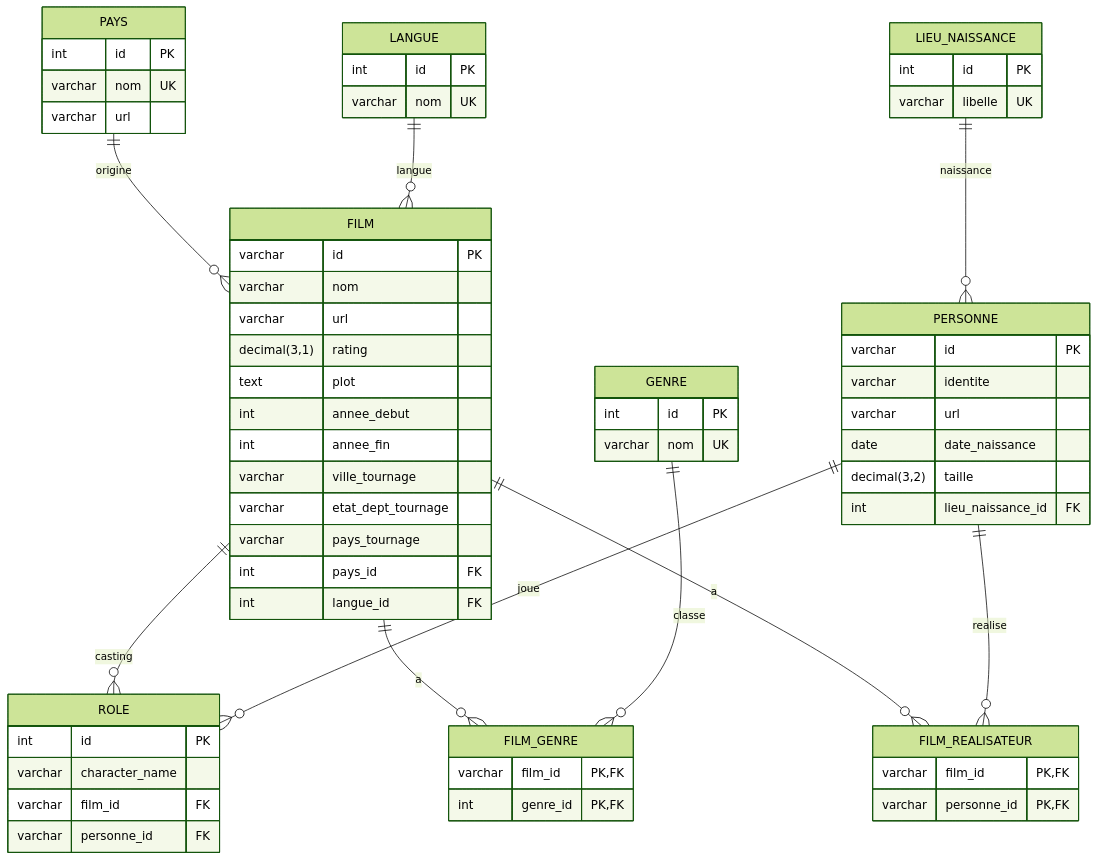
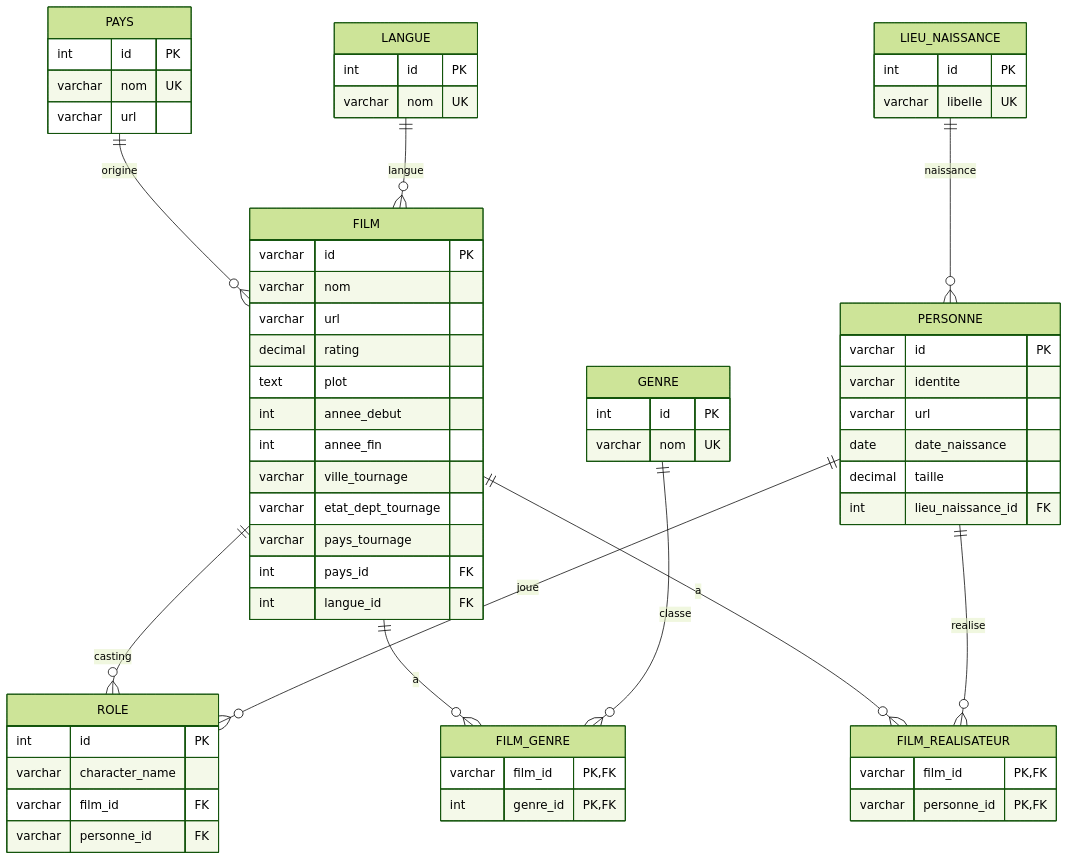
The second of 2 diagrams in conception/document_conception.md (malauzet/projet-jpa), drawn with Mermaid (forest theme) before and after one commit.

Commit message:
Suppression de (3,1) et (3,2) après décimal qui cassent le mermaid.

````diff
--- a/conception/document_conception.md
+++ b/conception/document_conception.md
@@ -90,77 +90,77 @@
 ```mermaid
 erDiagram
     FILM {
         varchar id PK
         varchar nom
         varchar url
-        decimal(3,1) rating
+        decimal rating
         text plot
         int annee_debut
         int annee_fin
         varchar ville_tournage
         varchar etat_dept_tournage
         varchar pays_tournage
         int pays_id FK
         int langue_id FK
     }
 
     PAYS {
         int id PK
         varchar nom UK
         varchar url
     }
 
     LANGUE {
         int id PK
         varchar nom UK
     }
 
     GENRE {
         int id PK
         varchar nom UK
     }
 
     PERSONNE {
         varchar id PK
         varchar identite
         varchar url
         date date_naissance
-        decimal(3,2) taille
+        decimal taille
         int lieu_naissance_id FK
     }
 
     LIEU_NAISSANCE {
         int id PK
         varchar libelle UK
     }
 
     ROLE {
         int id PK
         varchar character_name
         varchar film_id FK
         varchar personne_id FK
     }
 
     FILM_GENRE {
         varchar film_id PK,FK
         int genre_id PK,FK
     }
 
     FILM_REALISATEUR {
         varchar film_id PK,FK
         varchar personne_id PK,FK
     }
 
     PAYS ||--o{ FILM : origine
     LANGUE ||--o{ FILM : langue
     LIEU_NAISSANCE ||--o{ PERSONNE : naissance
 
     FILM ||--o{ ROLE : casting
     PERSONNE ||--o{ ROLE : joue
 
     FILM ||--o{ FILM_GENRE : a
     GENRE ||--o{ FILM_GENRE : classe
 
     FILM ||--o{ FILM_REALISATEUR : a
     PERSONNE ||--o{ FILM_REALISATEUR : realise
 ```
````
